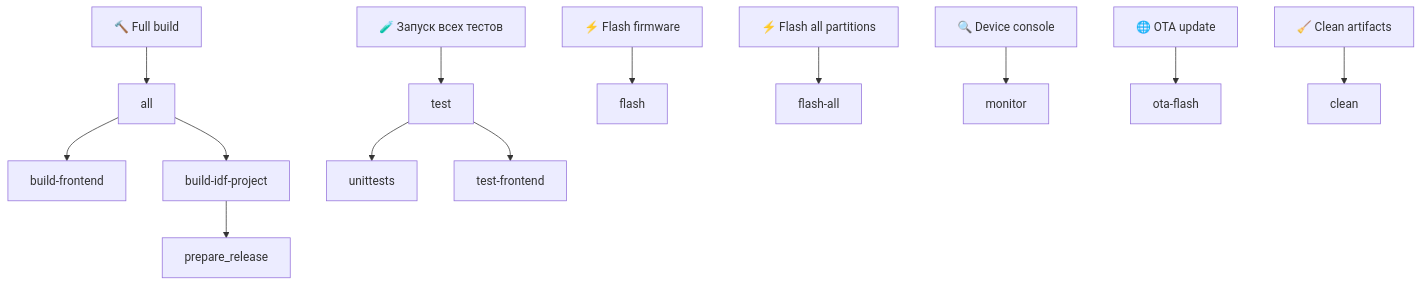
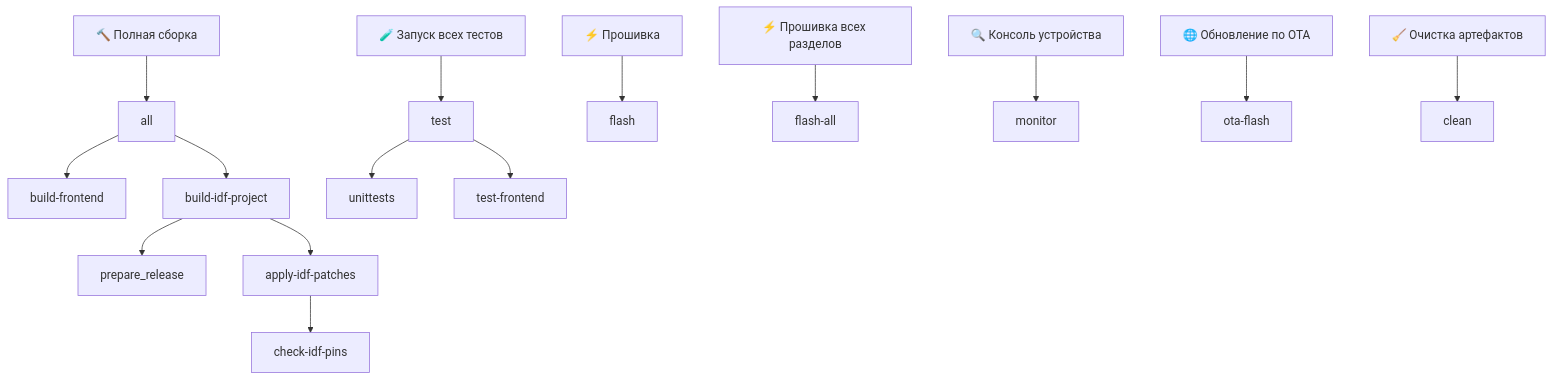
The first of 2 diagrams in README.ru.md (wirenboard/wb-mge), drawn with Mermaid before and after one commit. The commit also changed other lines of this file and 1 other file, not shown here.

First line of the commit message:
docs: rewrite the READMEs for the DIY firmware

````diff
--- a/README.ru.md
+++ b/README.ru.md
@@ -275,16 +480,18 @@
 ```mermaid
 graph TD
-    B["🔨 Full build"] --> all
+    B["🔨 Полная сборка"] --> all
     T["🧪 Запуск всех тестов"] --> test
-    F["⚡ Flash firmware"] --> flash
-    FA["⚡ Flash all partitions"] --> flash-all
-    M["🔍 Device console"] --> monitor
-    O["🌐 OTA update"] --> ota-flash
-    C["🧹 Clean artifacts"] --> clean
+    F["⚡ Прошивка"] --> flash
+    FA["⚡ Прошивка всех разделов"] --> flash-all
+    M["🔍 Консоль устройства"] --> monitor
+    O["🌐 Обновление по OTA"] --> ota-flash
+    C["🧹 Очистка артефактов"] --> clean
 
     all --> build-frontend
     all --> build-idf-project
     build-idf-project --> prepare_release
+    build-idf-project --> apply-idf-patches
+    apply-idf-patches --> check-idf-pins
     test --> unittests
     test --> test-frontend
 ```
````
